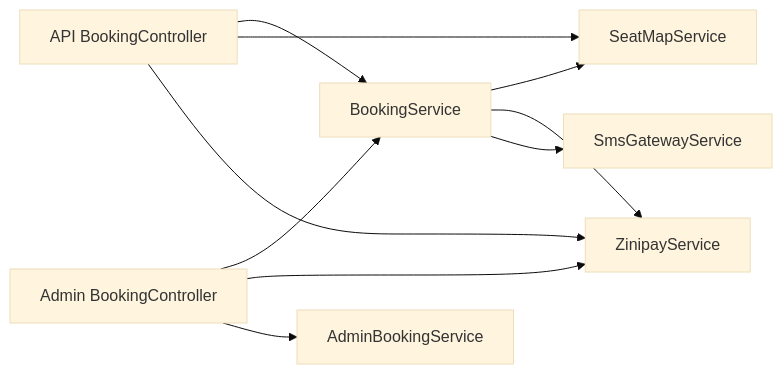
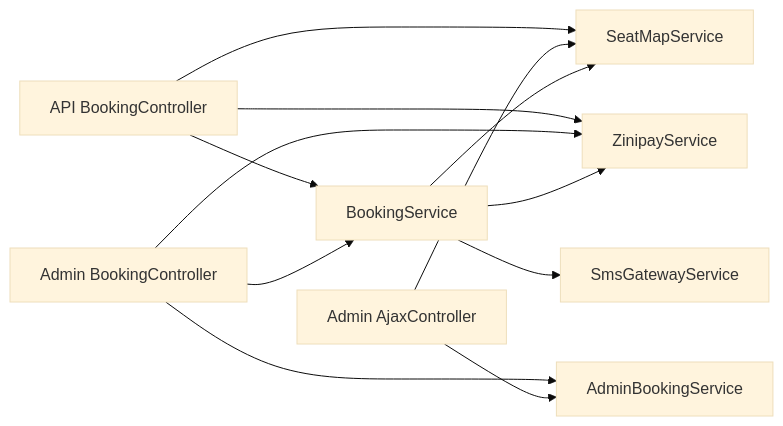
One commit to mahbub095/bus-app changed the ninth of 9 diagrams in .qoder/repowiki/en/content/System Architecture/Backend Architecture/Service Layer Design/Service Layer Design.md. Above: the diagram before and after it, drawn with Mermaid (base theme). The commit also changed other lines of this file and 119 other files, not shown here.

````diff
--- a/.qoder/repowiki/en/content/System Architecture/Backend Architecture/Service Layer Design/Service Layer Design.md
+++ b/.qoder/repowiki/en/content/System Architecture/Backend Architecture/Service Layer Design/Service Layer Design.md
@@ -449,12 +595,14 @@
 ```mermaid
 graph LR
 ApiCtrl["API BookingController"] --> BookingSvc["BookingService"]
 ApiCtrl --> SeatMapSvc["SeatMapService"]
 ApiCtrl --> ZiniSvc["ZinipayService"]
 AdminCtrl["Admin BookingController"] --> BookingSvc
 AdminCtrl --> ZiniSvc
 AdminCtrl --> AdminBookingSvc["AdminBookingService"]
+AjaxCtrl["Admin AjaxController"] --> AdminBookingSvc
+AjaxCtrl --> SeatMapSvc
 BookingSvc --> SeatMapSvc
 BookingSvc --> ZiniSvc
 BookingSvc --> SmsSvc["SmsGatewayService"]
 ```
````
